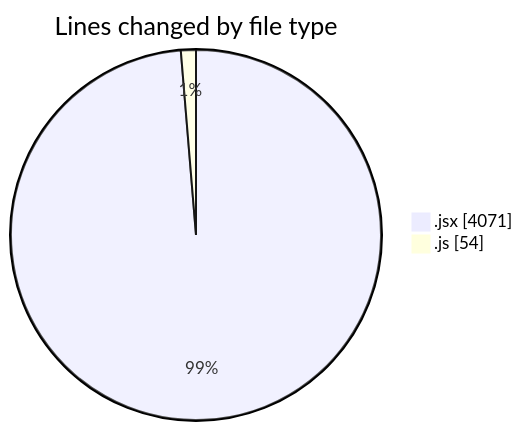
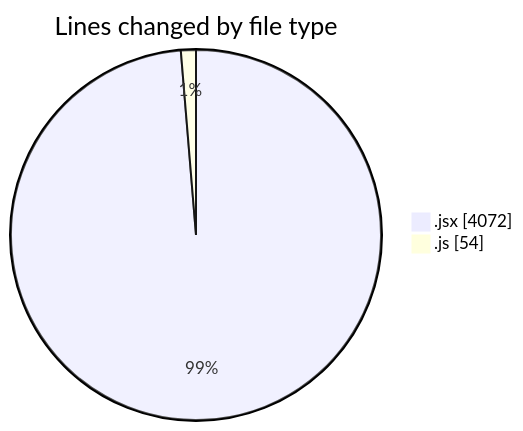
Before and after one commit to nxtqubesakshisongat/code-tracking: the first of 2 diagrams in 2025-07-24/nxtqube_webapp/README.md, drawn with Mermaid. The commit also changed other lines of this file and 1 other file, not shown here.

````diff
--- a/2025-07-24/nxtqube_webapp/README.md
+++ b/2025-07-24/nxtqube_webapp/README.md
@@ -25,6 +25,6 @@
 ```mermaid
 pie showData
 title Lines changed by file type
-".jsx" : 4071
+".jsx" : 4072
 ".js" : 54
 ```
````
